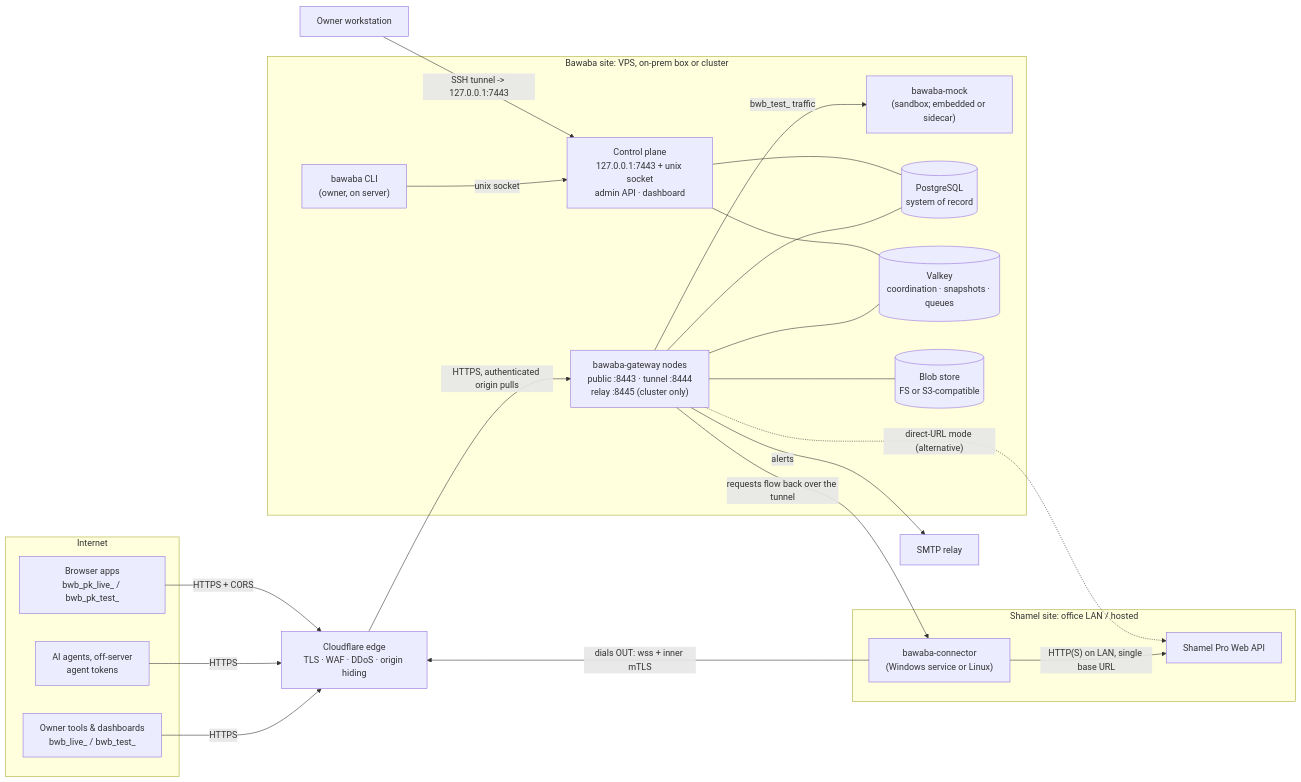
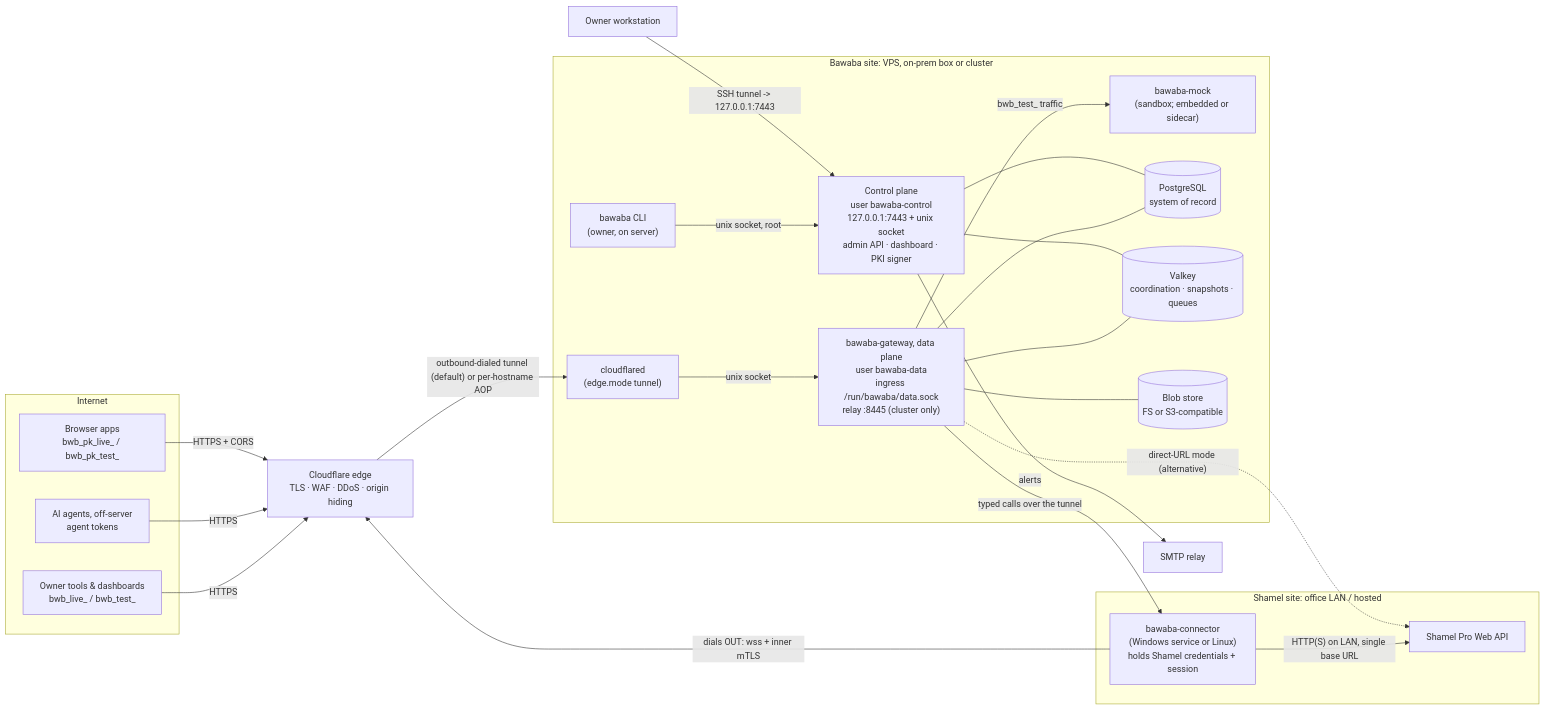
One commit to Web3Abbas/Shamel changed the first of 11 diagrams in docs/design/01-architecture.md. Above: the diagram before and after it, drawn with Mermaid. The commit also changed other lines of this file and 3 other files, not shown here.

First line of the commit message:
Continue applying review findings across architecture, security, permissions and operations (in progress)

````diff
--- a/docs/design/01-architecture.md
+++ b/docs/design/01-architecture.md
@@ -77,46 +85,48 @@
 ```mermaid
 flowchart LR
   subgraph internet["Internet"]
     tools["Owner tools & dashboards<br/>bwb_live_ / bwb_test_"]
     agents["AI agents, off-server<br/>agent tokens"]
     browsers["Browser apps<br/>bwb_pk_live_ / bwb_pk_test_"]
   end
 
   cf["Cloudflare edge<br/>TLS · WAF · DDoS · origin hiding"]
 
   subgraph site["Bawaba site: VPS, on-prem box or cluster"]
-    gw["bawaba-gateway nodes<br/>public :8443 · tunnel :8444<br/>relay :8445 (cluster only)"]
-    cp["Control plane<br/>127.0.0.1:7443 + unix socket<br/>admin API · dashboard"]
+    cfd["cloudflared<br/>(edge.mode tunnel)"]
+    gw["bawaba-gateway, data plane<br/>user bawaba-data<br/>ingress /run/bawaba/data.sock<br/>relay :8445 (cluster only)"]
+    cp["Control plane<br/>user bawaba-control<br/>127.0.0.1:7443 + unix socket<br/>admin API · dashboard · PKI signer"]
     cli["bawaba CLI<br/>(owner, on server)"]
     mock["bawaba-mock<br/>(sandbox; embedded or sidecar)"]
     pg[("PostgreSQL<br/>system of record")]
     vk[("Valkey<br/>coordination · snapshots · queues")]
     blob[("Blob store<br/>FS or S3-compatible")]
   end
 
   subgraph office["Shamel site: office LAN / hosted"]
-    conn["bawaba-connector<br/>(Windows service or Linux)"]
+    conn["bawaba-connector<br/>(Windows service or Linux)<br/>holds Shamel credentials + session"]
     shamel["Shamel Pro Web API"]
   end
 
   owner["Owner workstation"]
   smtp["SMTP relay"]
 
   tools -->|HTTPS| cf
   agents -->|HTTPS| cf
   browsers -->|HTTPS + CORS| cf
-  cf -->|"HTTPS, authenticated origin pulls"| gw
+  cf -->|"outbound-dialed tunnel (default) or per-hostname AOP"| cfd
+  cfd -->|"unix socket"| gw
   conn -->|"dials OUT: wss + inner mTLS"| cf
   conn -->|"HTTP(S) on LAN, single base URL"| shamel
-  gw -->|"requests flow back over the tunnel"| conn
+  gw -->|"typed calls over the tunnel"| conn
   gw -.->|"direct-URL mode (alternative)"| shamel
   gw -->|bwb_test_ traffic| mock
   gw --- pg
   gw --- vk
   gw --- blob
   cp --- pg
   cp --- vk
-  cli -->|unix socket| cp
+  cli -->|"unix socket, root"| cp
   owner -->|"SSH tunnel -> 127.0.0.1:7443"| cp
-  gw -->|alerts| smtp
+  cp -->|alerts| smtp
 ```
````
